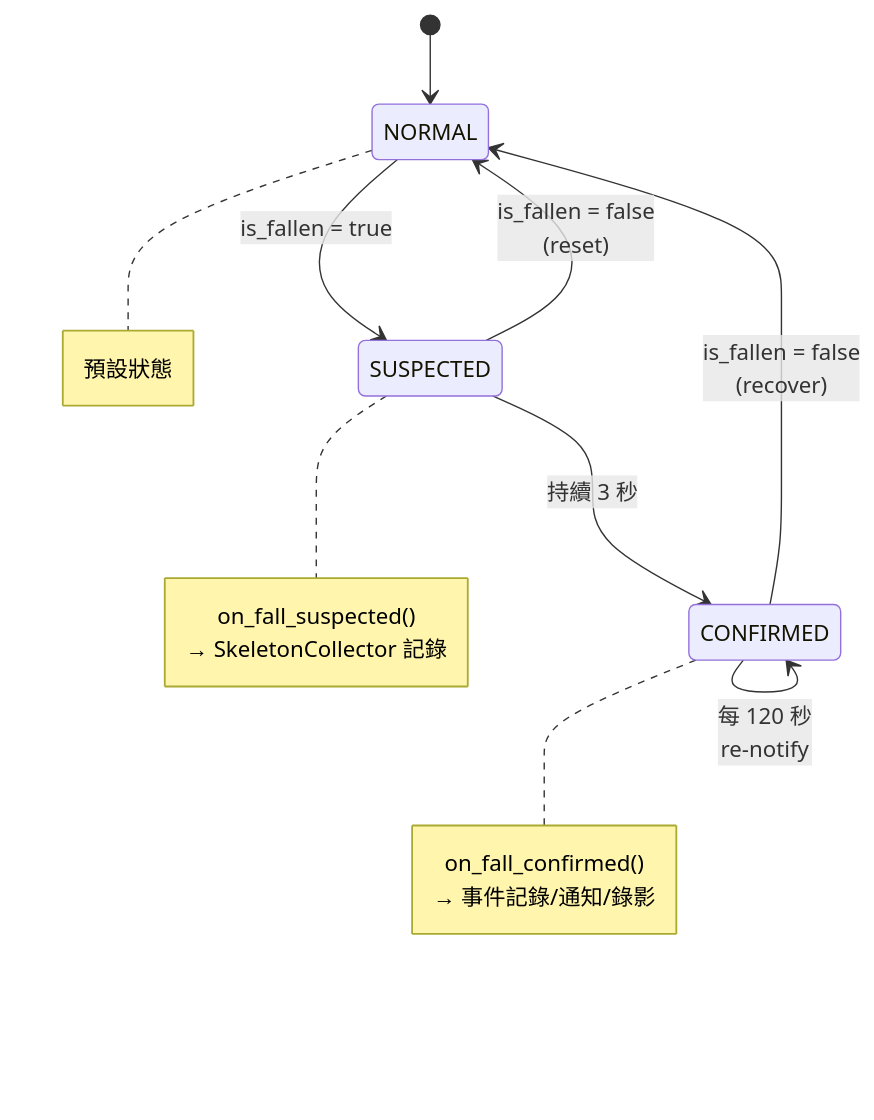
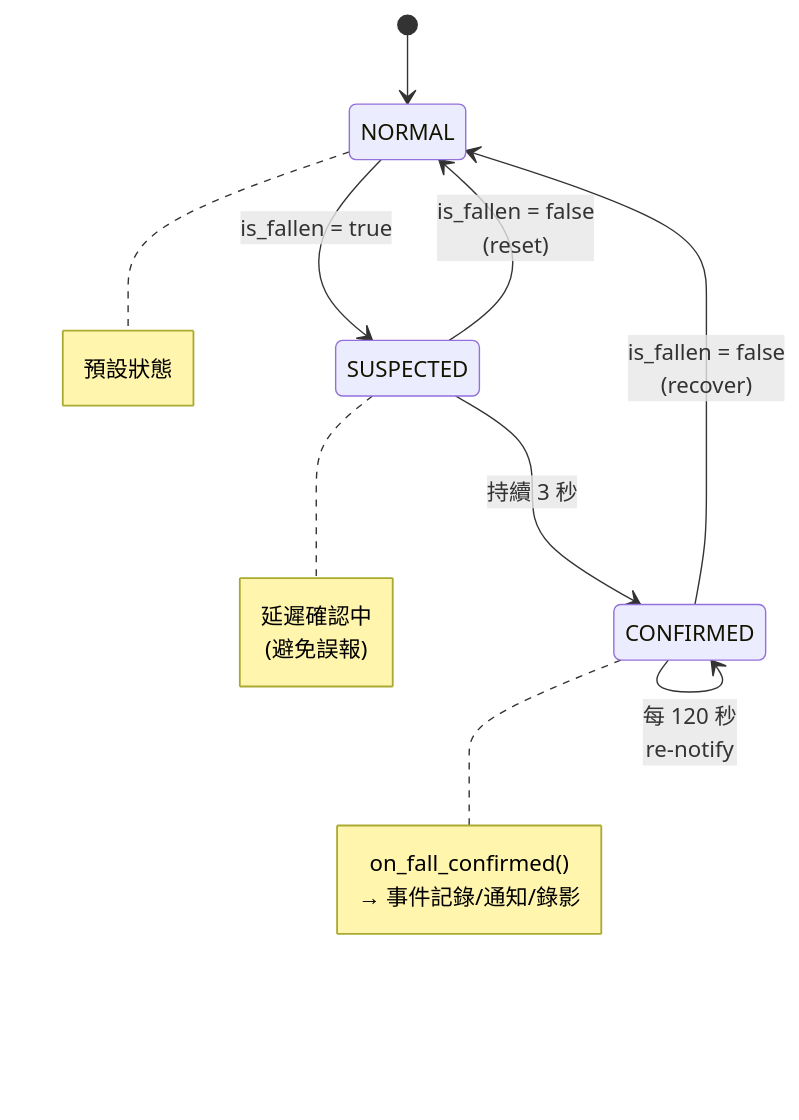
One commit to kionce57/FDS changed the sixth of 8 diagrams in docs/ARCHITECTURE.md. Above: the diagram before and after it, drawn with Mermaid. The commit also changed other lines of this file, not shown here.

First line of the commit message:
docs: update ARCHITECTURE.md after cloud sync removal

````diff
--- a/docs/ARCHITECTURE.md
+++ b/docs/ARCHITECTURE.md
@@ -268,14 +216,14 @@
 ```mermaid
 stateDiagram-v2
     [*] --> NORMAL
 
     NORMAL --> SUSPECTED : is_fallen = true
     SUSPECTED --> NORMAL : is_fallen = false<br/>(reset)
     SUSPECTED --> CONFIRMED : 持續 3 秒
     CONFIRMED --> NORMAL : is_fallen = false<br/>(recover)
     CONFIRMED --> CONFIRMED : 每 120 秒<br/>re-notify
 
     note right of NORMAL : 預設狀態
-    note right of SUSPECTED : on_fall_suspected()<br/>→ SkeletonCollector 記錄
+    note right of SUSPECTED : 延遲確認中<br/>(避免誤報)
     note right of CONFIRMED : on_fall_confirmed()<br/>→ 事件記錄/通知/錄影
 ```
````
